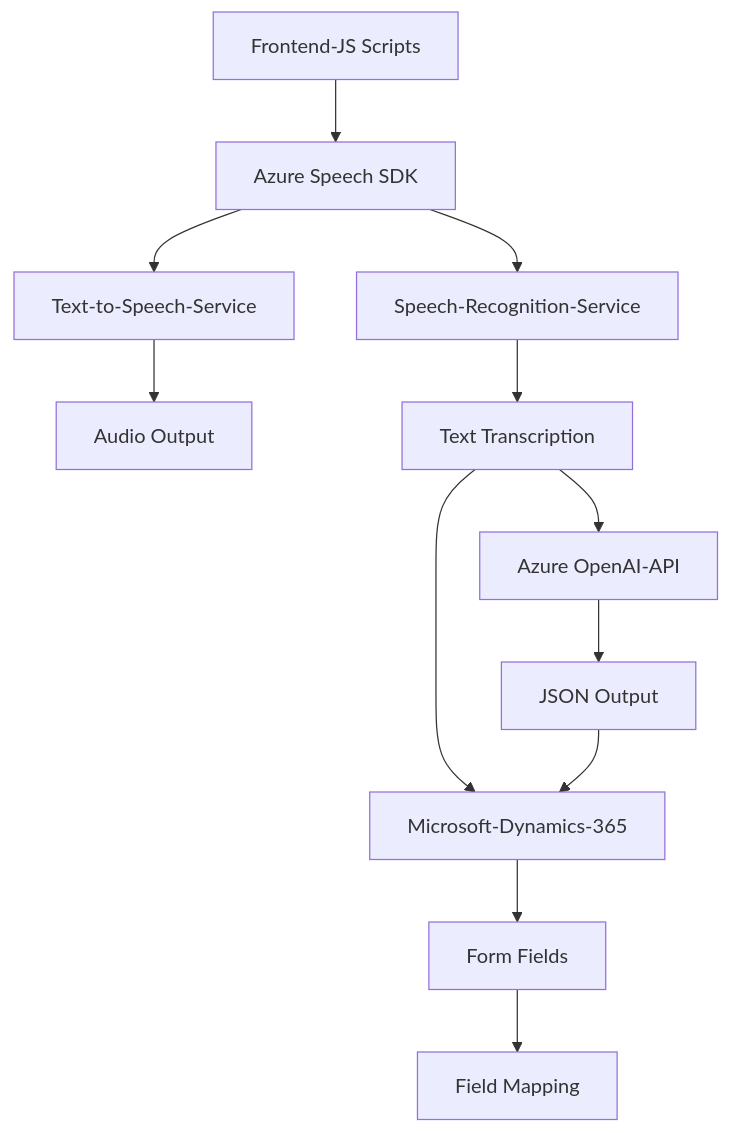
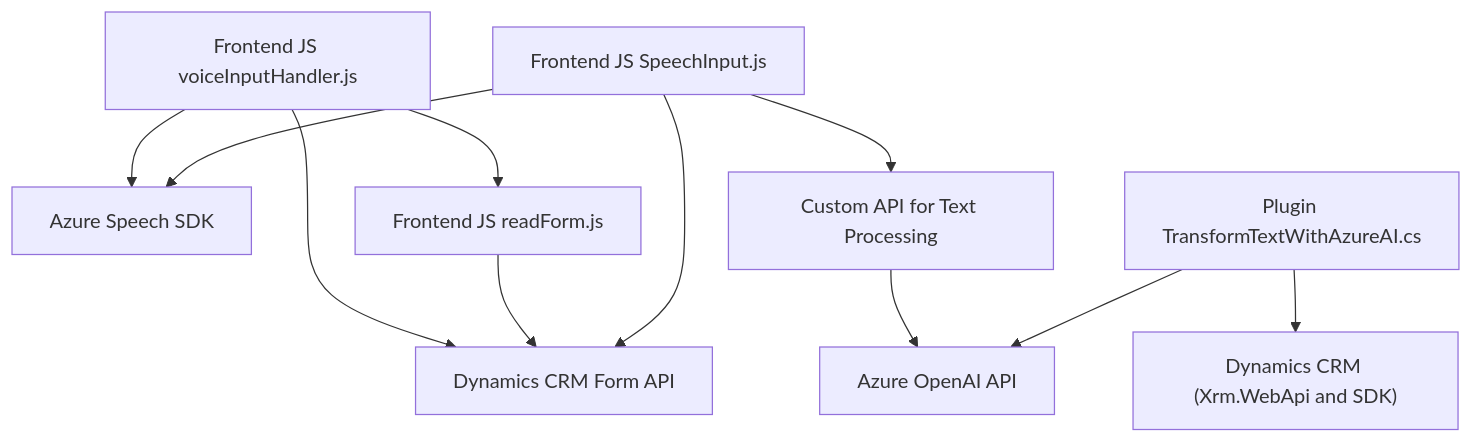
Before and after one commit to blopezdm/NETCORE_BILBAO2025: the diagram in README.md, drawn with Mermaid. The commit also changed other lines of this file, not shown here.

````diff
--- a/README.md
+++ b/README.md
@@ -39,14 +43,13 @@
 ```mermaid
 graph TD
-    A["Frontend-JS Scripts"] --> B["Azure Speech SDK"]
-    B --> C["Text-to-Speech-Service"]
-    B --> D["Speech-Recognition-Service"]
-    C --> E["Audio Output"]
-    D --> F["Text Transcription"]
-    F --> G["Microsoft-Dynamics-365"]
-    G --> H["Form Fields"]
-    H --> J["Field Mapping"]
-    F --> I["Azure OpenAI-API"]
-    I --> K["JSON Output"]
-    K --> G
+    A["Frontend JS voiceInputHandler.js"] --> B["Azure Speech SDK"]
+    A --> C["Dynamics CRM Form API"]
+    A --> D["Frontend JS readForm.js"]
+    D --> C
+    E["Frontend JS SpeechInput.js"] --> B
+    E --> C
+    E --> F["Custom API for Text Processing"]
+    F --> G["Azure OpenAI API"]
+    H["Plugin TransformTextWithAzureAI.cs"] --> G
+    H --> I["Dynamics CRM (Xrm.WebApi and SDK)"]
 ```
````
